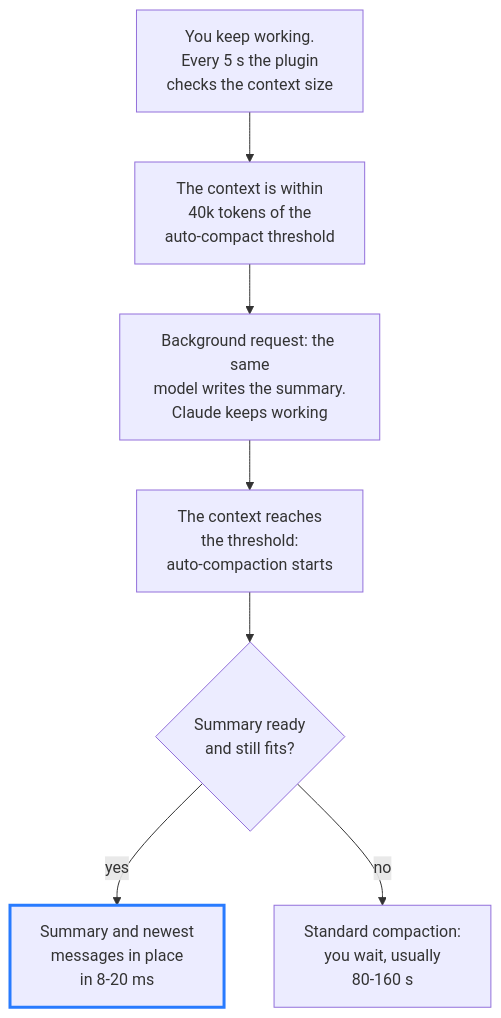
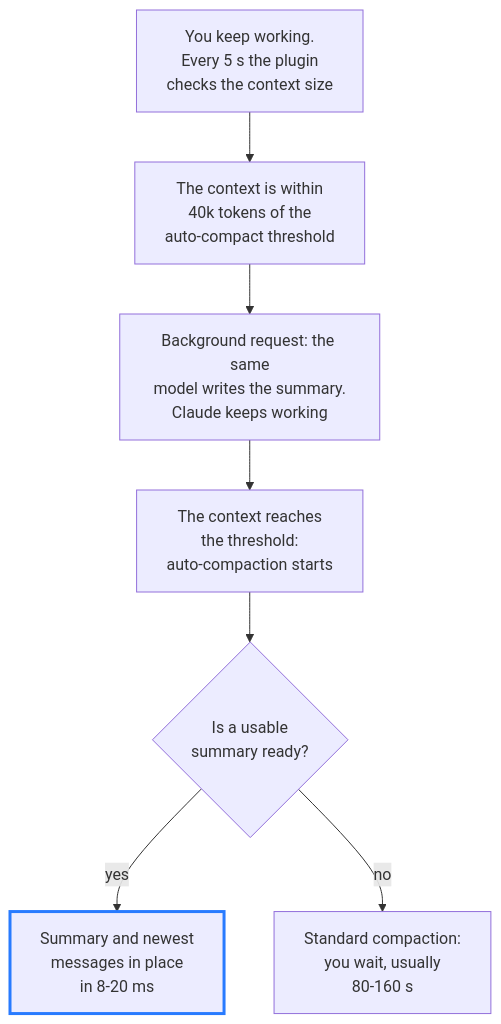
The diagram in assets/how-it-works.mmd (SocialBuzzStudio/live-compact), drawn with Mermaid before and after one commit. The commit also changed 3 other files, not shown here.

```diff
--- a/assets/how-it-works.mmd
+++ b/assets/how-it-works.mmd
@@ -1,13 +1,13 @@
 flowchart TD
     A["You keep working.<br/>Every 5 s the plugin<br/>checks the context size"]
     B["The context is within<br/>40k tokens of the<br/>auto-compact threshold"]
     C["Background request: the same<br/>model writes the summary.<br/>Claude keeps working"]
     D["The context reaches<br/>the threshold:<br/>auto-compaction starts"]
-    E{"Summary ready<br/>and still fits?"}
+    E{"Is a usable<br/>summary ready?"}
     F["Summary and newest<br/>messages in place<br/>in 8-20 ms"]
     G["Standard compaction:<br/>you wait, usually<br/>80-160 s"]
     A --> B --> C --> D --> E
     E -- yes --> F
     E -- no --> G
     classDef fast stroke:#287BFF,stroke-width:3px
     class F fast
```
